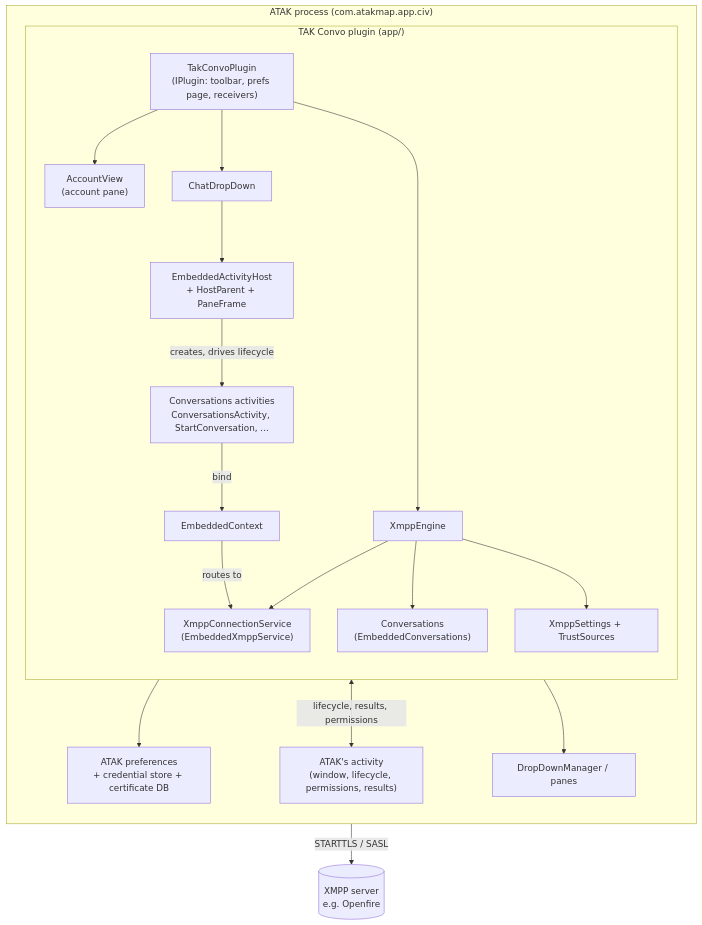
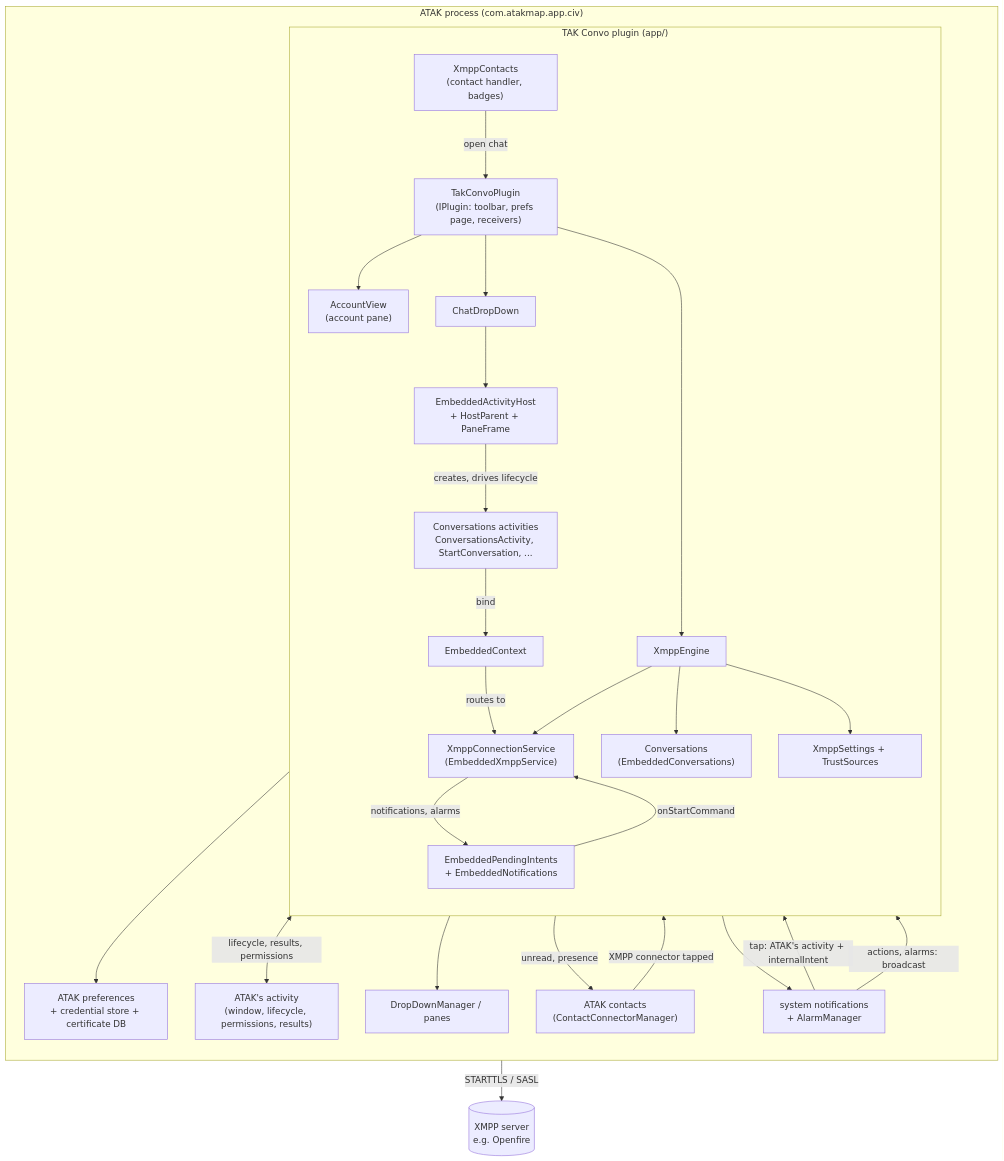
The diagram in docs/01-architecture.md (besteffortdev/TAK-Convo), drawn with Mermaid before and after one commit. The commit also changed other lines of this file and 20 other files, not shown here.

````diff
--- a/docs/01-architecture.md
+++ b/docs/01-architecture.md
@@ -24,37 +24,46 @@
 ```mermaid
 flowchart TB
     subgraph ATAK["ATAK process (com.atakmap.app.civ)"]
         direction TB
         ATAKAct["ATAK's activity<br/>(window, lifecycle, permissions, results)"]
         DDM["DropDownManager / panes"]
         Prefs["ATAK preferences<br/>+ credential store + certificate DB"]
 
         subgraph Plugin["TAK Convo plugin (app/)"]
             direction TB
             P["TakConvoPlugin<br/>(IPlugin: toolbar, prefs page, receivers)"]
             E["XmppEngine"]
             EC["EmbeddedContext"]
             XS["XmppConnectionService<br/>(EmbeddedXmppService)"]
             APP["Conversations<br/>(EmbeddedConversations)"]
             S["XmppSettings + TrustSources"]
             AV["AccountView<br/>(account pane)"]
             H["EmbeddedActivityHost<br/>+ HostParent + PaneFrame"]
             CD["ChatDropDown"]
             ACTS["Conversations activities<br/>ConversationsActivity, StartConversation, ..."]
+            XC["XmppContacts<br/>(contact handler, badges)"]
+            PI["EmbeddedPendingIntents<br/>+ EmbeddedNotifications"]
         end
+        CONTACTS["ATAK contacts<br/>(ContactConnectorManager)"]
+        NS["system notifications<br/>+ AlarmManager"]
     end
     XMPP[("XMPP server<br/>e.g. Openfire")]
 
     P --> E
     P --> AV
     P --> CD --> H
     H -->|creates, drives lifecycle| ACTS
     ACTS -->|bind| EC -->|routes to| XS
     E --> XS
     E --> APP
     E --> S
     S --> Prefs
     XS -->|STARTTLS / SASL| XMPP
     H <-->|lifecycle, results, permissions| ATAKAct
     CD --> DDM
+    CONTACTS -->|XMPP connector tapped| XC -->|open chat| P
+    XC -->|unread, presence| CONTACTS
+    XS -->|notifications, alarms| PI --> NS
+    NS -->|tap: ATAK's activity + internalIntent| P
+    NS -->|actions, alarms: broadcast| PI -->|onStartCommand| XS
 ```
````
